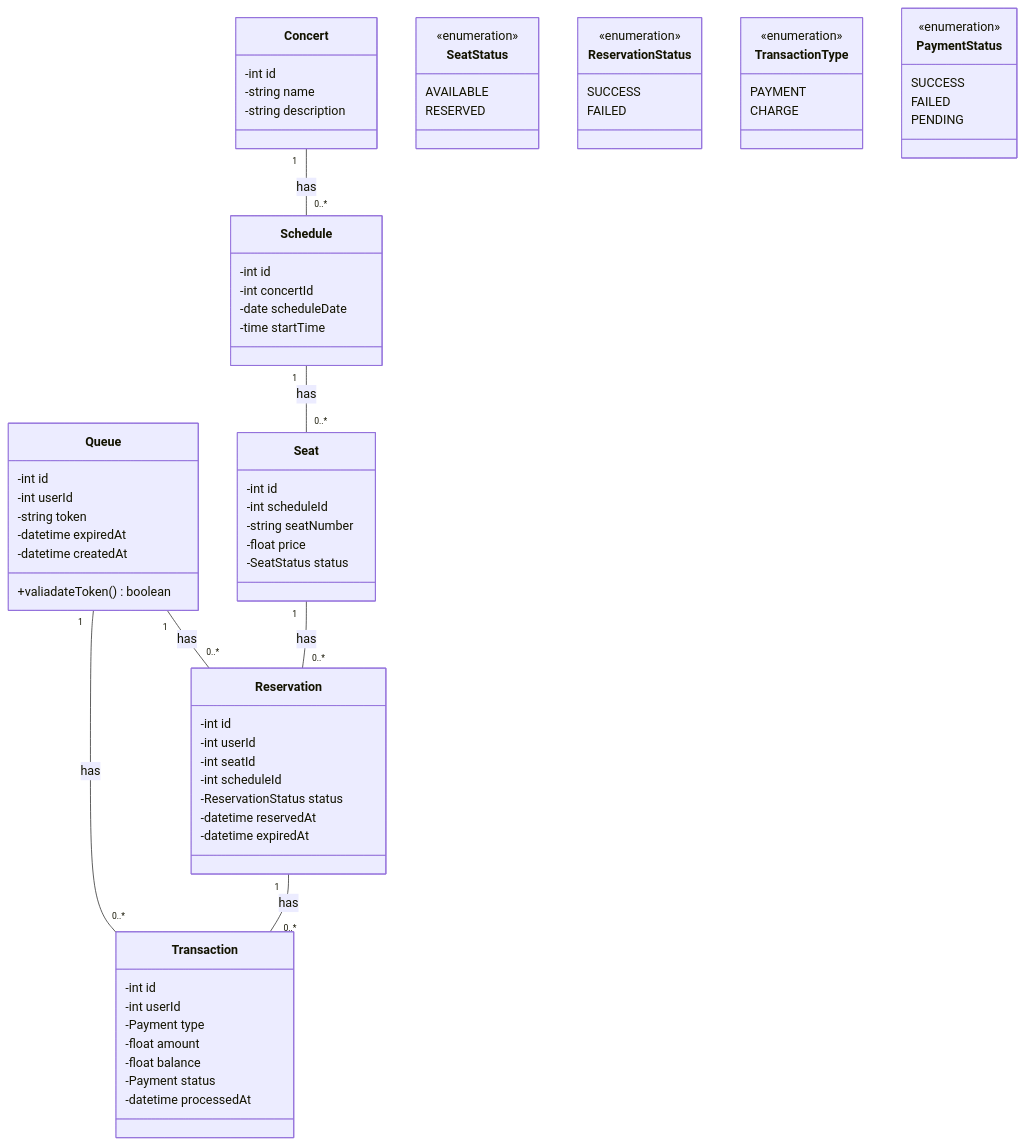
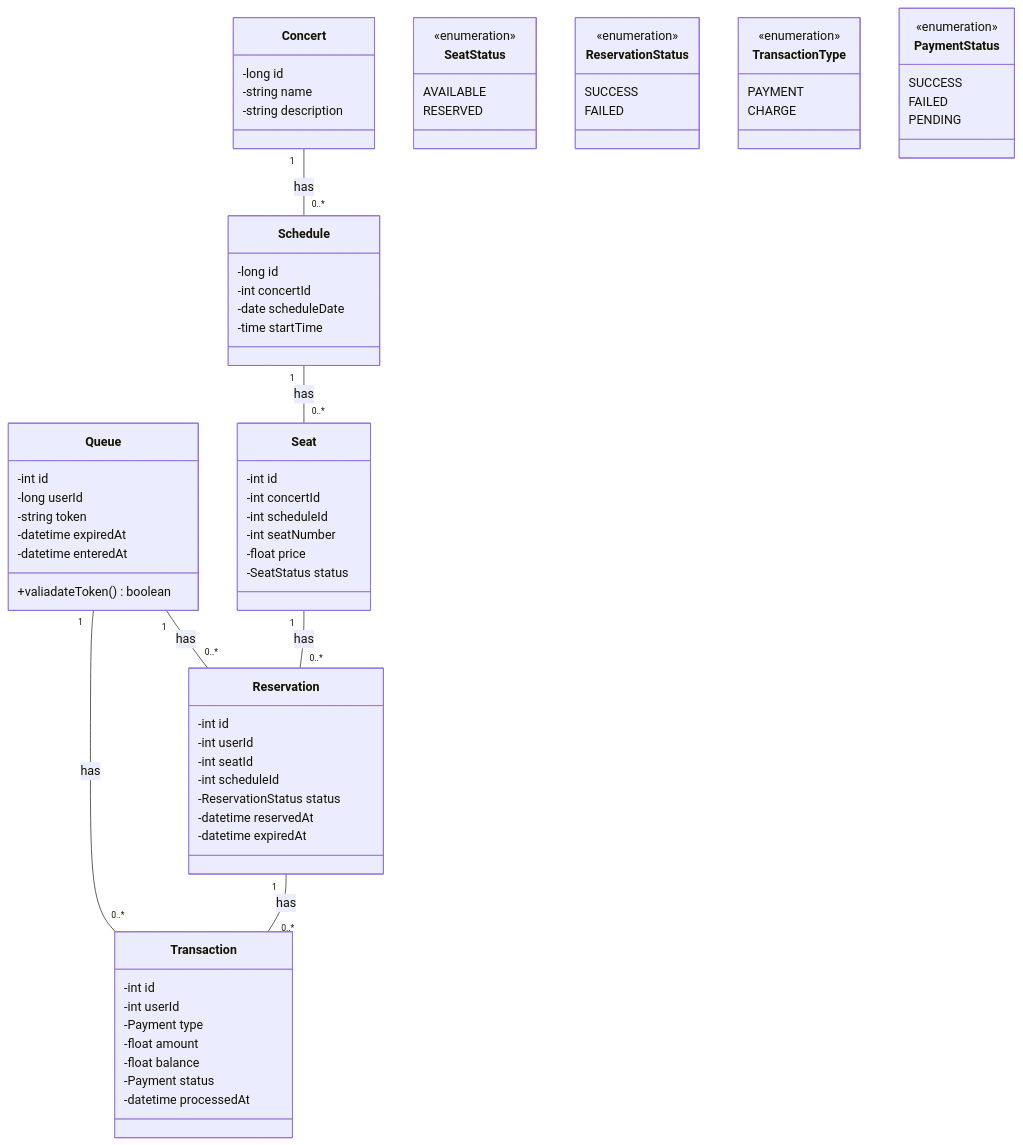
One commit to dohee789/concert-reservation changed the diagram in docs/ClassDiagram.mermaid. Above: the diagram before and after it, drawn with Mermaid. The commit also changed 1 other file, not shown here.

Commit message:
:memo: ERD 수정

```diff
--- a/docs/ClassDiagram.mermaid
+++ b/docs/ClassDiagram.mermaid
@@ -1,82 +1,83 @@
 classDiagram
     class Queue {
         -int id
-        -int userId
+        -long userId
         -string token
         -datetime expiredAt
-        -datetime createdAt
+        -datetime enteredAt
         +valiadateToken() boolean
     }
 
     class Concert {
-        -int id
+        -long id
         -string name
         -string description
     }
 
     class Schedule {
-        -int id
+        -long id
         -int concertId
         -date scheduleDate
         -time startTime
     }
 
     class Seat {
         -int id
+        -int concertId
         -int scheduleId
-        -string seatNumber
+        -int seatNumber
         -float price
         -SeatStatus status
     }
 
     class Reservation {
         -int id
         -int userId
         -int seatId
         -int scheduleId
         -ReservationStatus status
         -datetime reservedAt
         -datetime expiredAt
     }
 
     class Transaction {
         -int id
         -int userId
         -Payment type
         -float amount
         -float balance
         -Payment status
         -datetime processedAt
     }
 
     class SeatStatus {
         <<enumeration>>
         AVAILABLE
         RESERVED
     }
 
     class ReservationStatus {
         <<enumeration>>
         SUCCESS
         FAILED
     }
 
     class TransactionType {
         <<enumeration>>
         PAYMENT
         CHARGE
     }
 
     class PaymentStatus {
         <<enumeration>>
         SUCCESS
         FAILED
         PENDING
     }
 
     Queue "1" -- "0..*" Reservation : has
     Queue "1" -- "0..*" Transaction : has
     Concert "1" -- "0..*" Schedule : has
     Schedule "1" -- "0..*" Seat : has
     Seat "1" -- "0..*" Reservation : has
     Reservation "1" -- "0..*" Transaction : has
```
